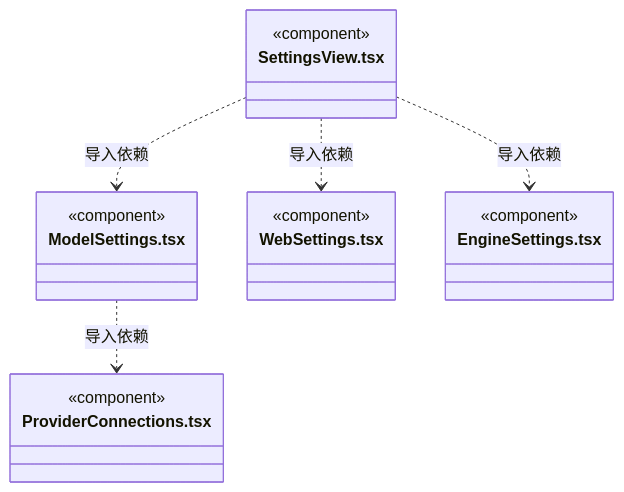
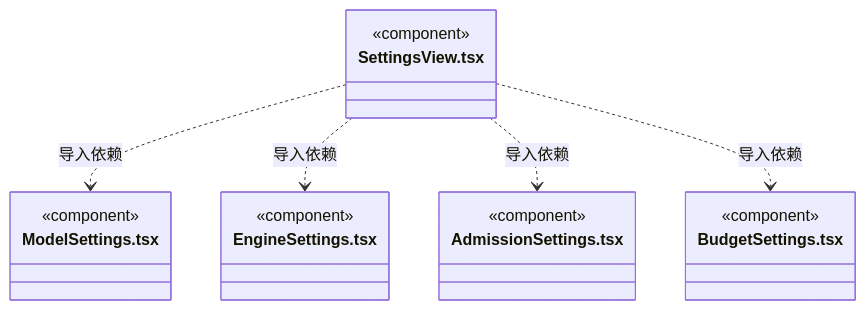
Before and after one commit to nan023062/cbim: diagram 29 of 33 in src/view/settings/ARCHITECTURE.md, drawn with Mermaid. The commit also changed other lines of this file and 25 other files, not shown here.

````diff
--- a/src/view/settings/ARCHITECTURE.md
+++ b/src/view/settings/ARCHITECTURE.md
@@ -239,22 +451,22 @@
 ```mermaid
 classDiagram
-class N_src_view_settings_ModelSettings_tsx["ModelSettings.tsx"] {
-  <<component>>
-}
-class N_src_view_settings_ProviderConnections_tsx["ProviderConnections.tsx"] {
-  <<component>>
-}
 class N_src_view_settings_SettingsView_tsx["SettingsView.tsx"] {
   <<component>>
 }
-class N_src_view_settings_WebSettings_tsx["WebSettings.tsx"] {
+class N_src_view_settings_ModelSettings_tsx["ModelSettings.tsx"] {
   <<component>>
 }
 class N_src_view_settings_EngineSettings_tsx["EngineSettings.tsx"] {
   <<component>>
 }
-N_src_view_settings_ModelSettings_tsx ..> N_src_view_settings_ProviderConnections_tsx : 导入依赖
-N_src_view_settings_SettingsView_tsx ..> N_src_view_settings_WebSettings_tsx : 导入依赖
+class N_src_view_settings_AdmissionSettings_tsx["AdmissionSettings.tsx"] {
+  <<component>>
+}
+class N_src_view_settings_BudgetSettings_tsx["BudgetSettings.tsx"] {
+  <<component>>
+}
 N_src_view_settings_SettingsView_tsx ..> N_src_view_settings_ModelSettings_tsx : 导入依赖
 N_src_view_settings_SettingsView_tsx ..> N_src_view_settings_EngineSettings_tsx : 导入依赖
+N_src_view_settings_SettingsView_tsx ..> N_src_view_settings_AdmissionSettings_tsx : 导入依赖
+N_src_view_settings_SettingsView_tsx ..> N_src_view_settings_BudgetSettings_tsx : 导入依赖
 ```
````
